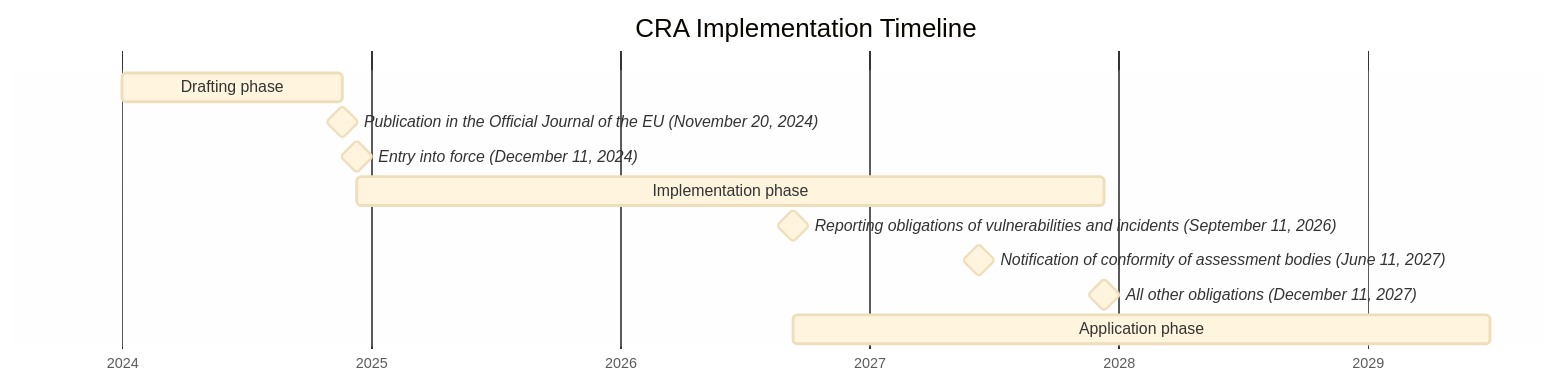
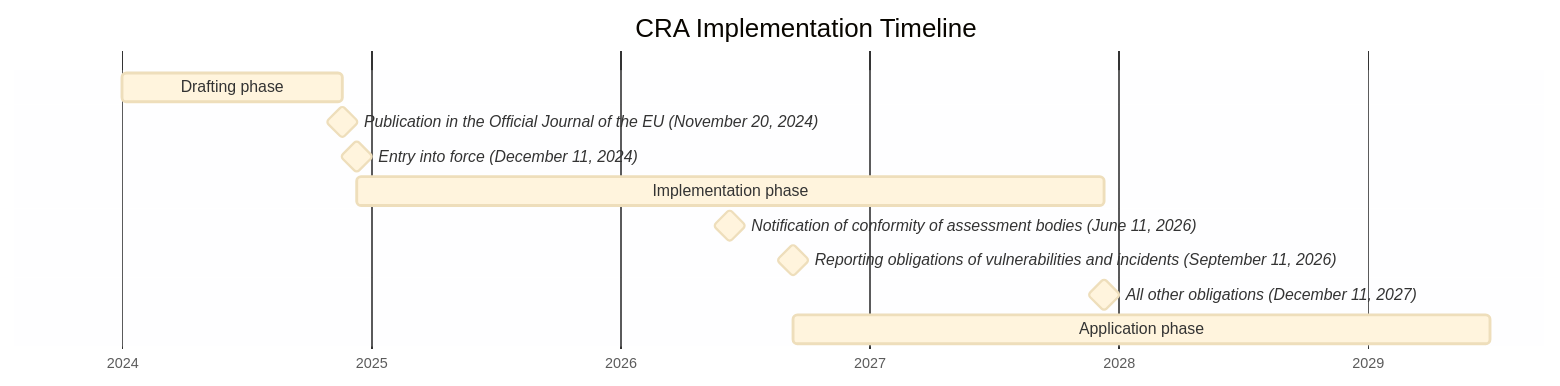
One commit to orcwg/cra-hub changed the diagram in faq/cra-itself/timeline.md. Above: the diagram before and after it, drawn with Mermaid.

Commit message:
Fix timeline for conformity notification date

````diff
--- a/faq/cra-itself/timeline.md
+++ b/faq/cra-itself/timeline.md
@@ -12,17 +12,17 @@
 ```mermaid
 %%{init: {'theme':'base'}}%%
 gantt
     title CRA Implementation Timeline
     dateFormat  YYYY-MM-DD
     axisFormat %Y
     tickInterval 1year
 
     Drafting phase: 2024-01-01, 2024-11-20
     Publication in the Official Journal of the EU (November 20, 2024): milestone, 2024-11-20, 5m
     Entry into force (December 11, 2024): milestone, 2024-12-11, 5m
     Implementation phase: 2024-12-11, 3y
+    Notification of conformity of assessment bodies (June 11, 2026): milestone, 2026-06-11, 5m
     Reporting obligations of vulnerabilities and incidents (September 11, 2026): milestone, 2026-09-11, 5m
-    Notification of conformity of assessment bodies (June 11, 2027): milestone, 2027-06-11, 5m
     All other obligations (December 11, 2027): milestone, 2027-12-11, 5m
     Application phase: 2026-09-11, 2029-06-30
 ```
````
